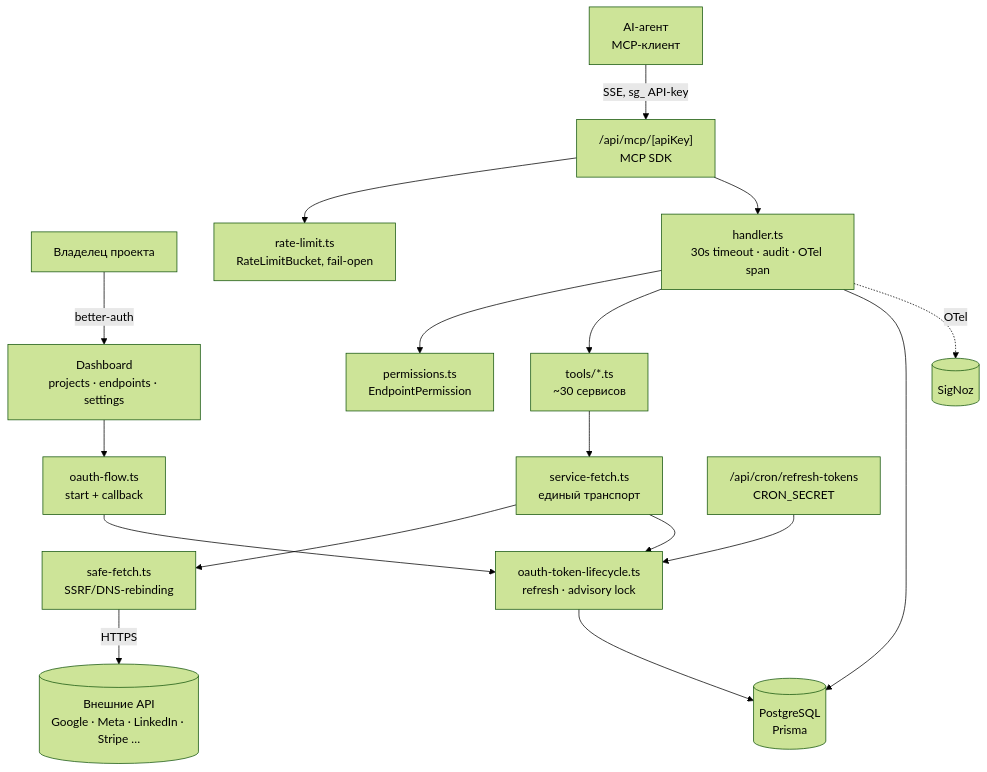
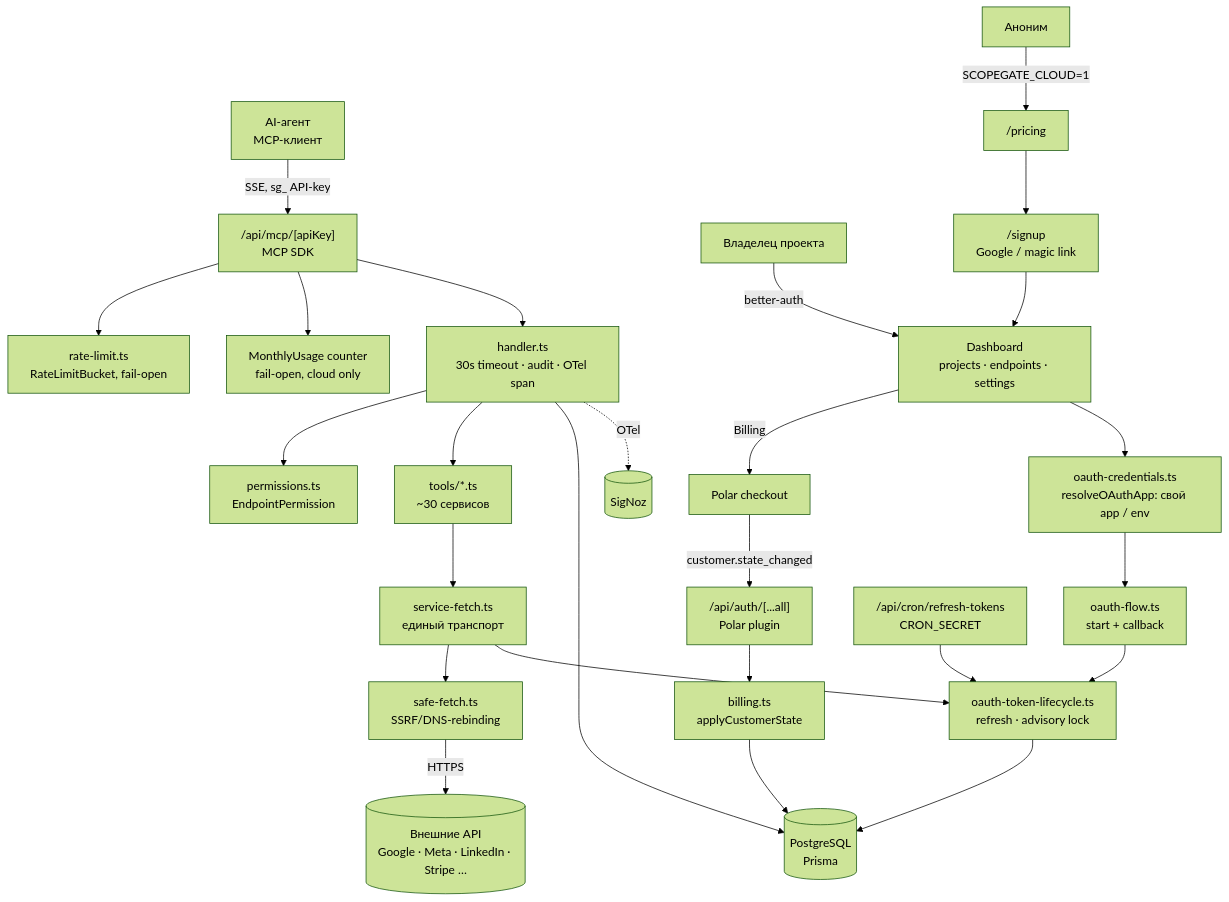
Before and after one commit to alifanov/scopegate: the diagram in docs/state/arch.md, drawn with Mermaid (forest theme). The commit also changed other lines of this file, not shown here.

First line of the commit message:
docs: отразить в arch.md cloud-режим, биллинг Polar и BYO-креды (Task #236)

````diff
--- a/docs/state/arch.md
+++ b/docs/state/arch.md
@@ -7,21 +7,27 @@
 ```mermaid
 flowchart TB
   Agent[AI-агент<br/>MCP-клиент] -->|SSE, sg_ API-key| MCP["/api/mcp/[apiKey]<br/>MCP SDK"]
   User[Владелец проекта] -->|better-auth| Dash[Dashboard<br/>projects · endpoints · settings]
+  Visitor[Аноним] -->|SCOPEGATE_CLOUD=1| Landing["/pricing"] --> Signup["/signup<br/>Google / magic link"]
+  Signup --> Dash
+  Dash -->|Billing| Checkout[Polar checkout] -->|customer.state_changed| Webhook["/api/auth/[...all]<br/>Polar plugin"] --> BillingLib[billing.ts<br/>applyCustomerState]
+  BillingLib --> DB
 
   MCP --> RL[rate-limit.ts<br/>RateLimitBucket, fail-open]
+  MCP --> Quota[MonthlyUsage counter<br/>fail-open, cloud only]
   MCP --> H[handler.ts<br/>30s timeout · audit · OTel span]
   H --> P[permissions.ts<br/>EndpointPermission]
   H --> T[tools/*.ts<br/>~30 сервисов]
   T --> SF[service-fetch.ts<br/>единый транспорт]
   SF --> Safe[safe-fetch.ts<br/>SSRF/DNS-rebinding]
   SF --> TL[oauth-token-lifecycle.ts<br/>refresh · advisory lock]
   Safe -->|HTTPS| Ext[(Внешние API<br/>Google · Meta · LinkedIn · Stripe …)]
 
-  Dash --> OA[oauth-flow.ts<br/>start + callback]
+  Dash --> OC[oauth-credentials.ts<br/>resolveOAuthApp: свой app / env]
+  OC --> OA[oauth-flow.ts<br/>start + callback]
   OA --> TL
   TL --> DB[(PostgreSQL<br/>Prisma)]
   H --> DB
   Cron["/api/cron/refresh-tokens<br/>CRON_SECRET"] --> TL
   H -.OTel.-> SigNoz[(SigNoz)]
 ```
````
